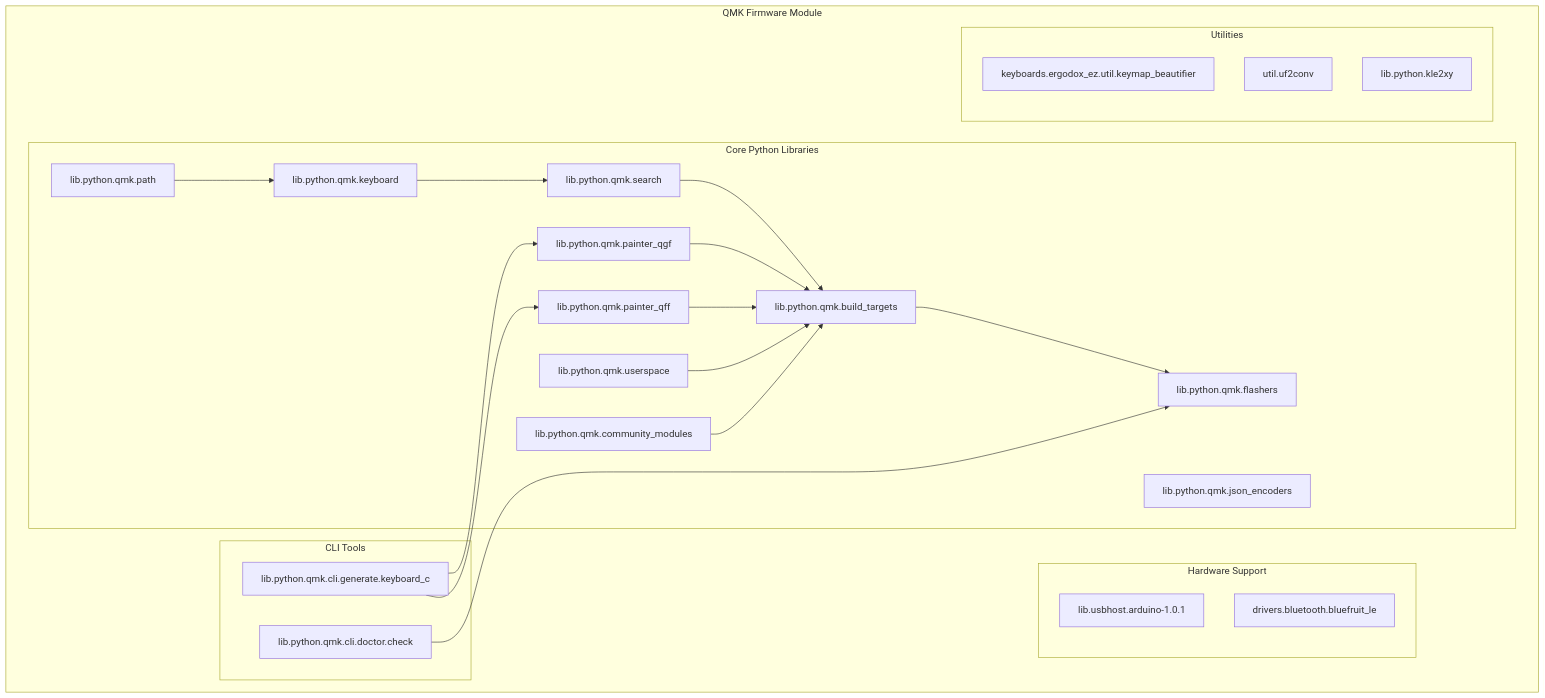
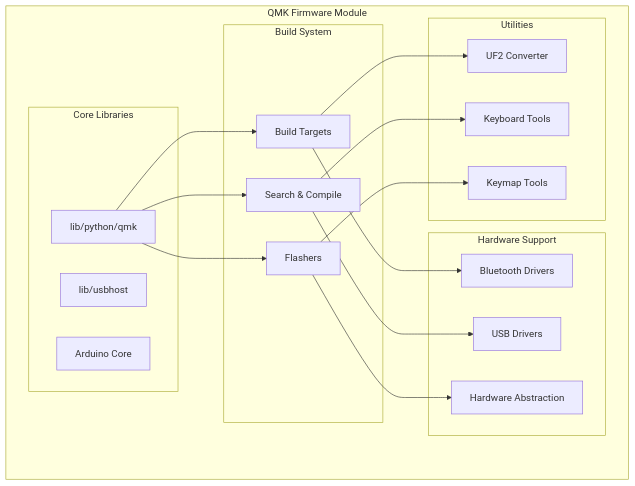
Before and after one commit to FSoft-AI4Code/codewiki-demo: the first of 2 diagrams in docs/qmk--qmk_firmware-docs/overview.md, drawn with Mermaid. The commit also changed other lines of this file and 1103 other files, not shown here.

````diff
--- a/docs/qmk--qmk_firmware-docs/overview.md
+++ b/docs/qmk--qmk_firmware-docs/overview.md
@@ -9,46 +9,38 @@
 ```mermaid
 graph TB
     subgraph "QMK Firmware Module"
-        subgraph "Core Python Libraries"
-            A[lib.python.qmk.painter_qgf]
-            B[lib.python.qmk.painter_qff]
-            C[lib.python.qmk.search]
-            D[lib.python.qmk.build_targets]
-            E[lib.python.qmk.flashers]
-            F[lib.python.qmk.userspace]
-            G[lib.python.qmk.json_encoders]
-            H[lib.python.qmk.keyboard]
-            I[lib.python.qmk.path]
-            J[lib.python.qmk.community_modules]
+        subgraph "Core Libraries"
+            CL[lib/python/qmk]
+            USB[lib/usbhost]
+            ARD[Arduino Core]
         end
         
-        subgraph "CLI Tools"
-            K[lib.python.qmk.cli.generate.keyboard_c]
-            L[lib.python.qmk.cli.doctor.check]
+        subgraph "Build System"
+            BT[Build Targets]
+            SC[Search & Compile]
+            FL[Flashers]
         end
         
         subgraph "Hardware Support"
-            M[lib.usbhost.arduino-1.0.1]
-            N[drivers.bluetooth.bluefruit_le]
+            BT_DRV[Bluetooth Drivers]
+            USB_DRV[USB Drivers]
+            HW[Hardware Abstraction]
         end
         
         subgraph "Utilities"
-            O[keyboards.ergodox_ez.util.keymap_beautifier]
-            P[util.uf2conv]
-            Q[lib.python.kle2xy]
+            UF2[UF2 Converter]
+            KB[Keyboard Tools]
+            KM[Keymap Tools]
         end
     end
     
-    A --> D
-    B --> D
-    C --> D
-    D --> E
-    F --> D
-    H --> C
-    I --> H
-    J --> D
-    
-    K --> A
-    K --> B
-    L --> E
+    CL --> BT
+    CL --> SC
+    CL --> FL
+    BT --> BT_DRV
+    SC --> USB_DRV
+    FL --> HW
+    BT --> UF2
+    SC --> KB
+    FL --> KM
 ```
````
